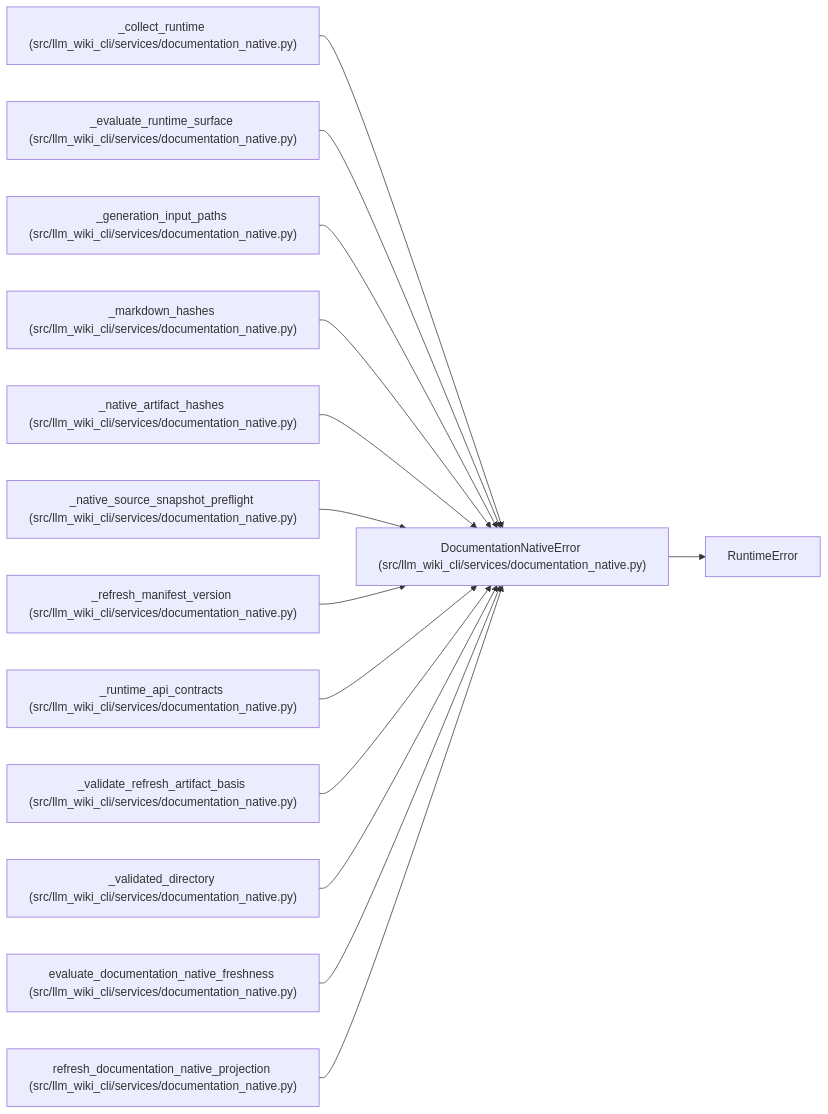
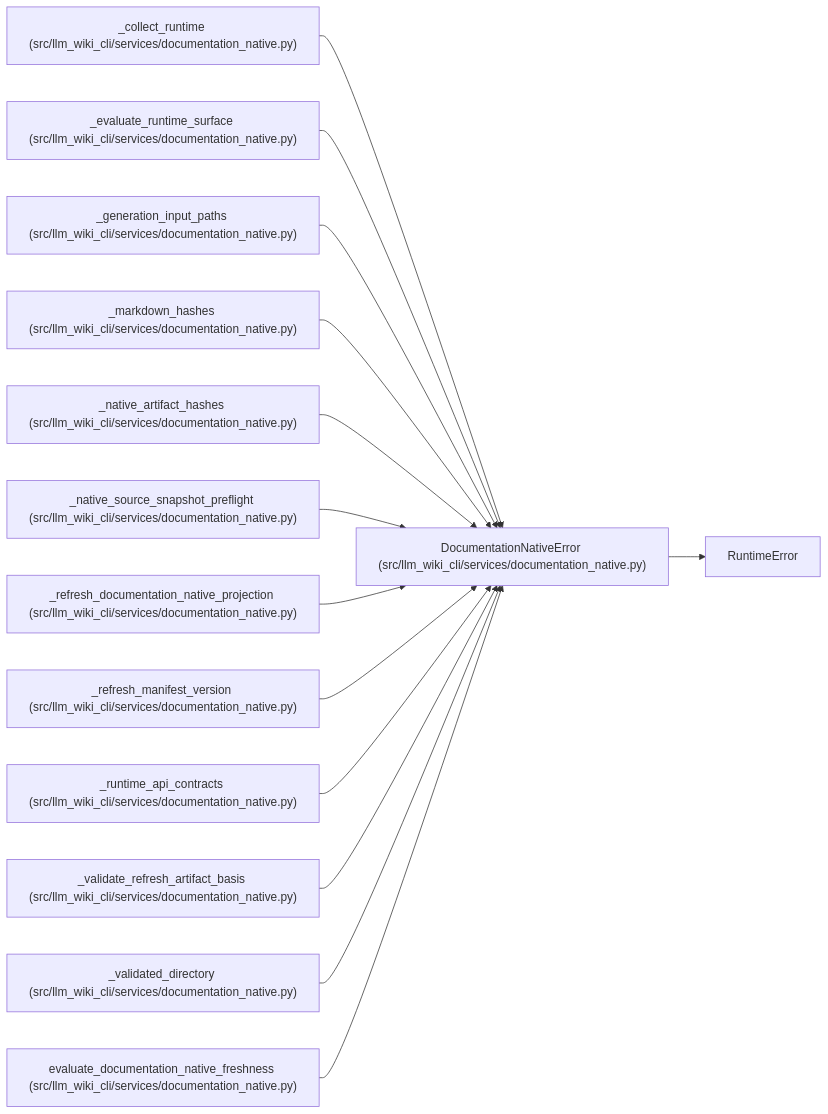
Before and after one commit to Denissvgn/python-wiki-llm: the diagram in docs/llm_wiki/entities/DocumentationNativeError.md, drawn with Mermaid. The commit also changed other lines of this file and 1410 other files, not shown here.

````diff
--- a/docs/llm_wiki/entities/DocumentationNativeError.md
+++ b/docs/llm_wiki/entities/DocumentationNativeError.md
@@ -23,43 +23,43 @@
 ```mermaid
 flowchart LR
     n0["DocumentationNativeError (src/llm_wiki_cli/services/documentation_native.py)"]
     n1["RuntimeError"]
     n2["_collect_runtime (src/llm_wiki_cli/services/documentation_native.py)"]
     n3["_evaluate_runtime_surface (src/llm_wiki_cli/services/documentation_native.py)"]
     n4["_generation_input_paths (src/llm_wiki_cli/services/documentation_native.py)"]
     n5["_markdown_hashes (src/llm_wiki_cli/services/documentation_native.py)"]
     n6["_native_artifact_hashes (src/llm_wiki_cli/services/documentation_native.py)"]
     n7["_native_source_snapshot_preflight (src/llm_wiki_cli/services/documentation_native.py)"]
-    n8["_refresh_manifest_version (src/llm_wiki_cli/services/documentation_native.py)"]
-    n9["_runtime_api_contracts (src/llm_wiki_cli/services/documentation_native.py)"]
-    n10["_validate_refresh_artifact_basis (src/llm_wiki_cli/services/documentation_native.py)"]
-    n11["_validated_directory (src/llm_wiki_cli/services/documentation_native.py)"]
-    n12["evaluate_documentation_native_freshness (src/llm_wiki_cli/services/documentation_native.py)"]
-    n13["refresh_documentation_native_projection (src/llm_wiki_cli/services/documentation_native.py)"]
+    n8["_refresh_documentation_native_projection (src/llm_wiki_cli/services/documentation_native.py)"]
+    n9["_refresh_manifest_version (src/llm_wiki_cli/services/documentation_native.py)"]
+    n10["_runtime_api_contracts (src/llm_wiki_cli/services/documentation_native.py)"]
+    n11["_validate_refresh_artifact_basis (src/llm_wiki_cli/services/documentation_native.py)"]
+    n12["_validated_directory (src/llm_wiki_cli/services/documentation_native.py)"]
+    n13["evaluate_documentation_native_freshness (src/llm_wiki_cli/services/documentation_native.py)"]
     n0 --> n1
     n2 --> n0
     n3 --> n0
     n4 --> n0
     n5 --> n0
     n6 --> n0
     n7 --> n0
     n8 --> n0
     n9 --> n0
     n10 --> n0
     n11 --> n0
     n12 --> n0
     n13 --> n0
     click n0 "../modules/documentation_native.md"
     click n2 "../modules/documentation_native.md"
     click n3 "../modules/documentation_native.md"
     click n4 "../modules/documentation_native.md"
     click n5 "../modules/documentation_native.md"
     click n6 "../modules/documentation_native.md"
     click n7 "../modules/documentation_native.md"
     click n8 "../modules/documentation_native.md"
     click n9 "../modules/documentation_native.md"
     click n10 "../modules/documentation_native.md"
     click n11 "../modules/documentation_native.md"
     click n12 "../modules/documentation_native.md"
     click n13 "../modules/documentation_native.md"
 ```
````
